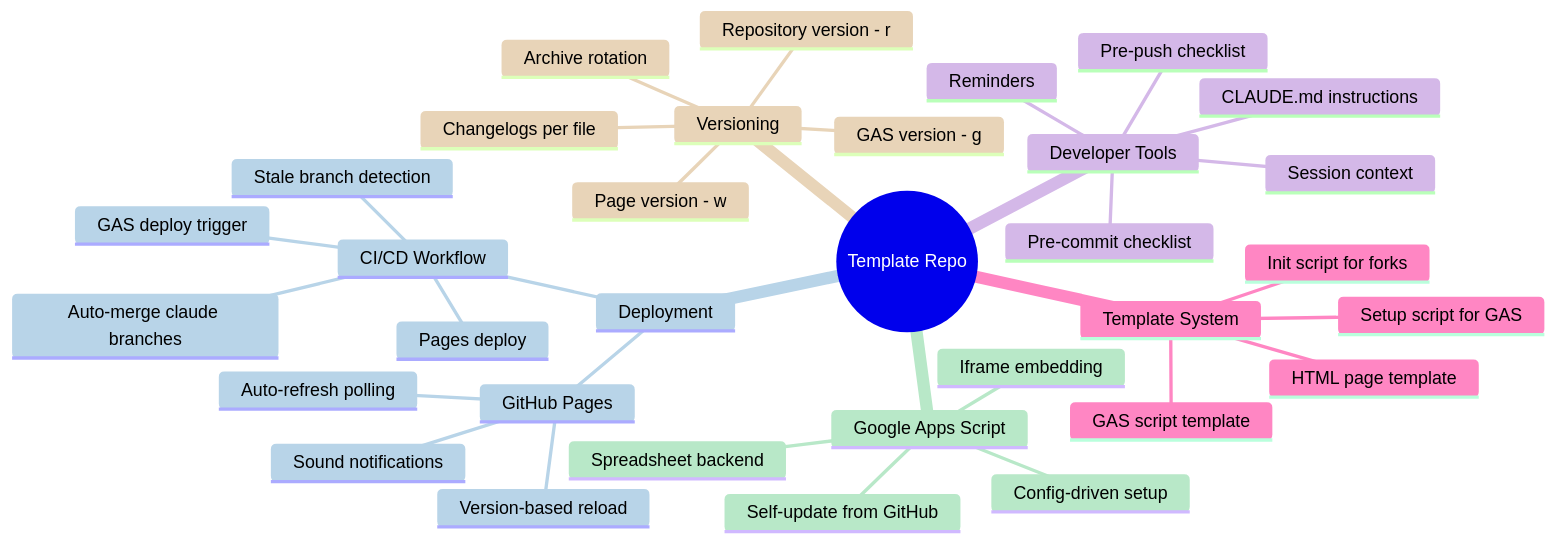
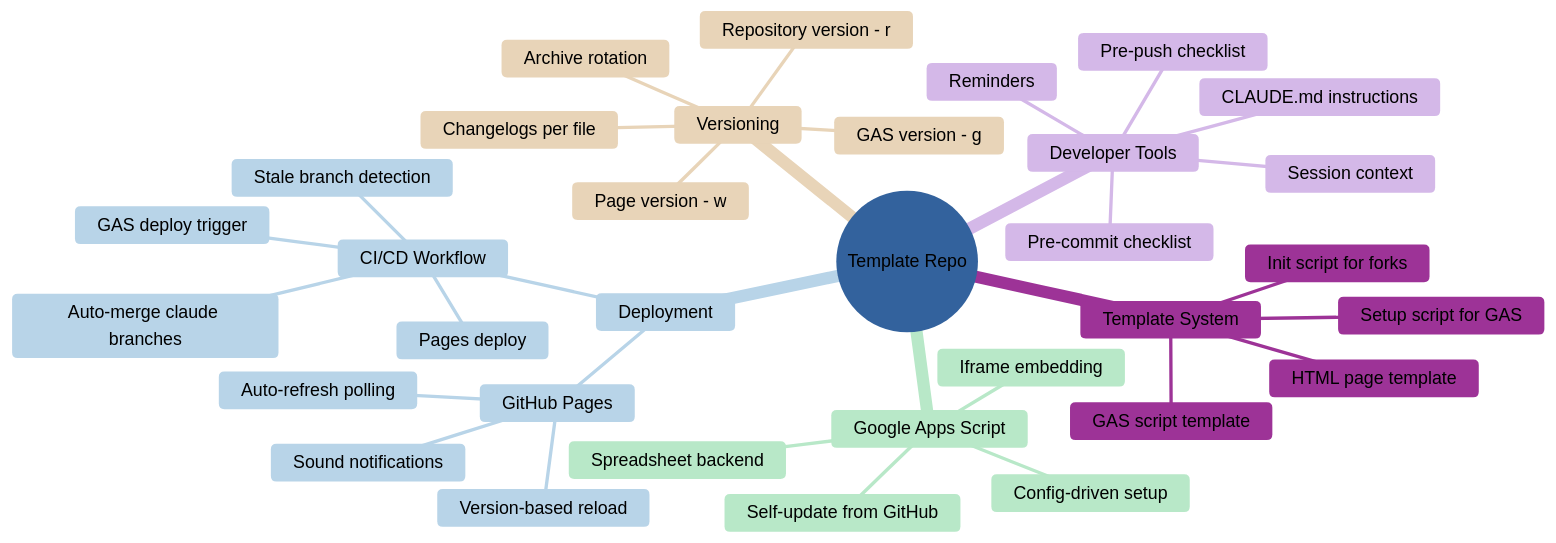
Before and after one commit to ShadowAISolutions/saistemplateprojectrepo: the fifth of 7 diagrams in repository-information/ARCHITECTURE.md, drawn with Mermaid. The commit also changed other lines of this file and 3 other files, not shown here.

First line of the commit message:
v01.69r Mindmap: base theme with black text on all nodes

````diff
--- a/repository-information/ARCHITECTURE.md
+++ b/repository-information/ARCHITECTURE.md
@@ -315,37 +315,37 @@
 ```mermaid
-%%{init: {'theme':'default', 'themeVariables': {'primaryColor': '#7ba3d4', 'primaryTextColor': '#000000', 'cScale0': '#e8b4b8', 'cScale1': '#b8d4e8', 'cScale2': '#b8e8c8', 'cScale3': '#e8d4b8', 'cScale4': '#d4b8e8', 'cScaleLabel0': '#000', 'cScaleLabel1': '#000', 'cScaleLabel2': '#000', 'cScaleLabel3': '#000', 'cScaleLabel4': '#000'}}}%%
+%%{init: {'theme':'base', 'themeVariables': {'primaryColor': '#7ba3d4', 'primaryTextColor': '#000000', 'cScale0': '#e8b4b8', 'cScale1': '#b8d4e8', 'cScale2': '#b8e8c8', 'cScale3': '#e8d4b8', 'cScale4': '#d4b8e8', 'cScaleLabel0': '#000000', 'cScaleLabel1': '#000000', 'cScaleLabel2': '#000000', 'cScaleLabel3': '#000000', 'cScaleLabel4': '#000000', 'cScaleInv0': '#000000', 'cScaleInv1': '#000000', 'cScaleInv2': '#000000', 'cScaleInv3': '#000000', 'cScaleInv4': '#000000'}}}%%
 mindmap
     root((Template Repo))
         Deployment
             GitHub Pages
                 Auto-refresh polling
                 Version-based reload
                 Sound notifications
             CI/CD Workflow
                 Auto-merge claude branches
                 Stale branch detection
                 Pages deploy
                 GAS deploy trigger
         Google Apps Script
             Self-update from GitHub
             Config-driven setup
             Spreadsheet backend
             Iframe embedding
         Versioning
             Repository version - r
             Page version - w
             GAS version - g
             Changelogs per file
             Archive rotation
         Developer Tools
             CLAUDE.md instructions
             Pre-commit checklist
             Pre-push checklist
             Session context
             Reminders
         Template System
             HTML page template
             GAS script template
             Init script for forks
             Setup script for GAS
 ```
````
